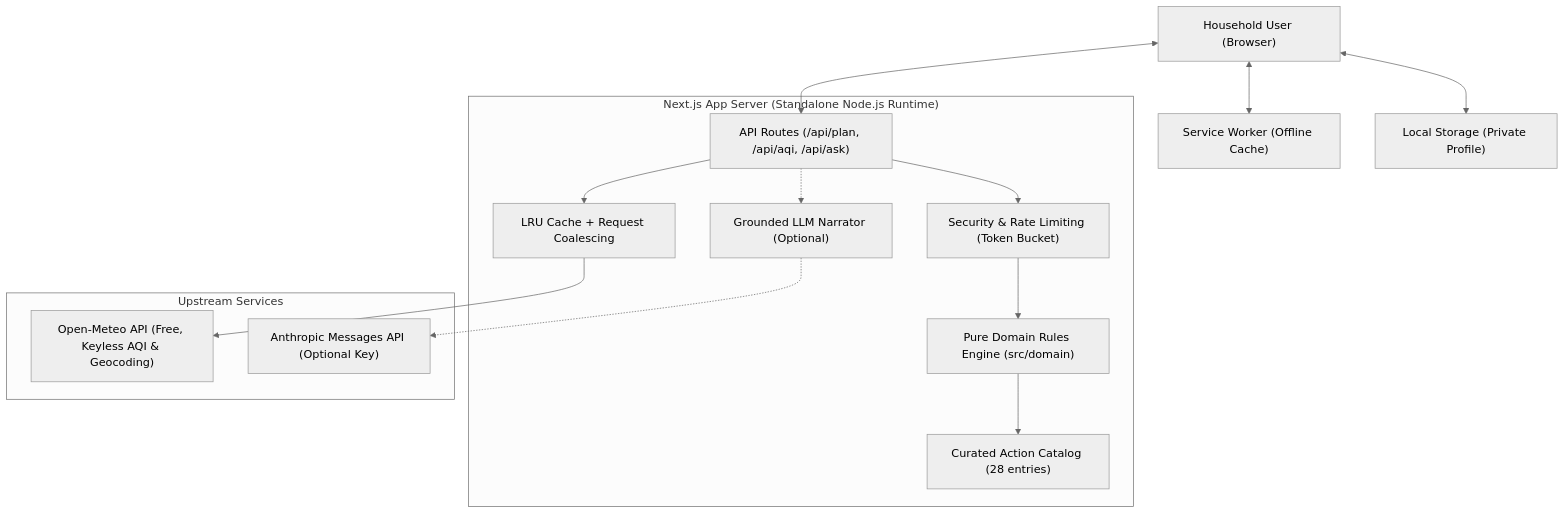
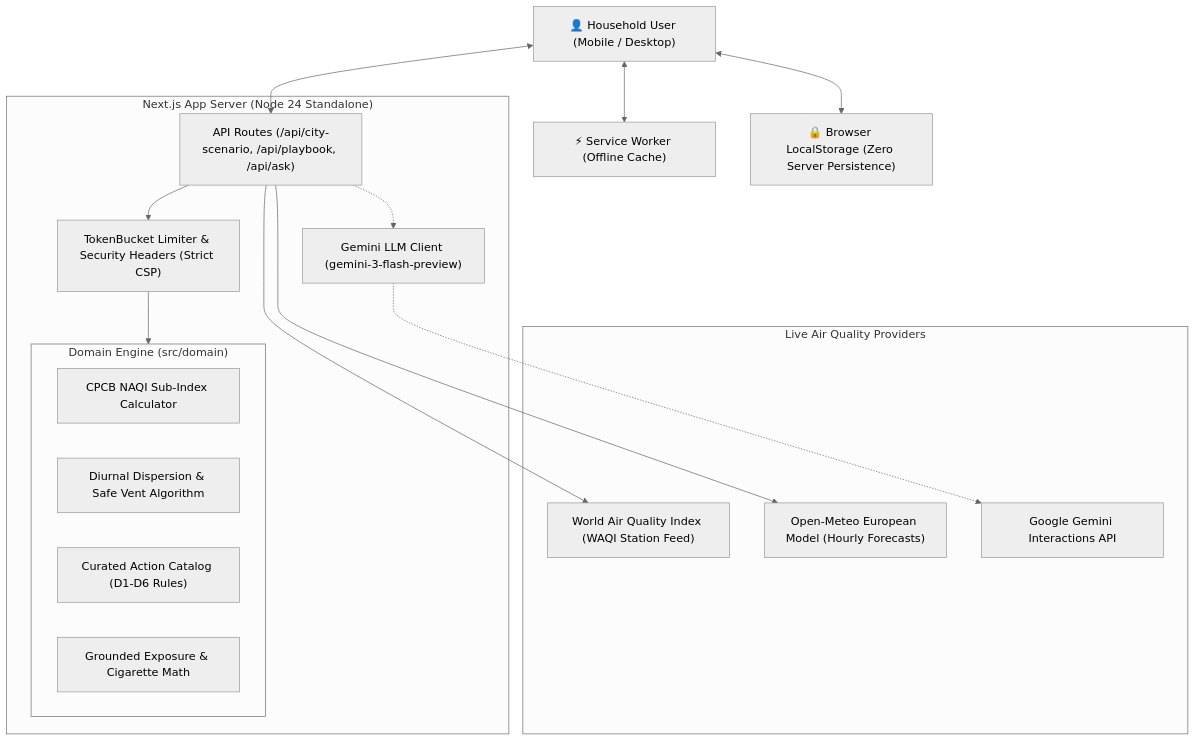
One commit to Aryan24a-git/Vayu-Saathi changed the diagram in README.md. Above: the diagram before and after it, drawn with Mermaid (neutral theme). The commit also changed other lines of this file and 11 other files, not shown here.

Commit message:
docs: rewrite README with full VayuSaathi architecture and remove prompt/benchmark artifacts

````diff
--- a/README.md
+++ b/README.md
@@ -18,31 +38,36 @@
 ```mermaid
 flowchart TD
-    User["Household User (Browser)"]
-    SW["Service Worker (Offline Cache)"]
-    LS["Local Storage (Private Profile)"]
+    User["👤 Household User (Mobile / Desktop)"]
+    SW["⚡ Service Worker (Offline Cache)"]
+    LS["🔒 Browser LocalStorage (Zero Server Persistence)"]
 
-    subgraph AppServer ["Next.js App Server (Standalone Node.js Runtime)"]
-        API["API Routes (/api/plan, /api/aqi, /api/ask)"]
-        Sec["Security & Rate Limiting (Token Bucket)"]
-        RulesEngine["Pure Domain Rules Engine (src/domain)"]
-        Catalog["Curated Action Catalog (28 entries)"]
-        Cache["LRU Cache + Request Coalescing"]
-        LLM["Grounded LLM Narrator (Optional)"]
+    subgraph AppServer ["Next.js App Server (Node 24 Standalone)"]
+        API["API Routes (/api/city-scenario, /api/playbook, /api/ask)"]
+        RateLimit["TokenBucket Limiter & Security Headers (Strict CSP)"]
+        
+        subgraph DomainEngine ["Domain Engine (src/domain)"]
+            NAQI["CPCB NAQI Sub-Index Calculator"]
+            Dispersion["Diurnal Dispersion & Safe Vent Algorithm"]
+            Catalog["Curated Action Catalog (D1-D6 Rules)"]
+            ImpactModel["Grounded Exposure & Cigarette Math"]
+        end
+        
+        LLMClient["Gemini LLM Client (gemini-3-flash-preview)"]
     end
 
-    subgraph Upstream ["Upstream Services"]
-        OpenMeteo["Open-Meteo API (Free, Keyless AQI & Geocoding)"]
-        Anthropic["Anthropic Messages API (Optional Key)"]
+    subgraph ExternalTelemetry ["Live Air Quality Providers"]
+        WAQI["World Air Quality Index (WAQI Station Feed)"]
+        OpenMeteo["Open-Meteo European Model (Hourly Forecasts)"]
+        GeminiAPI["Google Gemini Interactions API"]
     end
 
     User <--> SW
     User <--> LS
     User <--> API
-    API --> Sec
-    Sec --> RulesEngine
-    RulesEngine --> Catalog
-    API --> Cache
-    Cache --> OpenMeteo
-    API -.-> LLM
-    LLM -.-> Anthropic
+    API --> RateLimit
+    RateLimit --> DomainEngine
+    API --> OpenMeteo
+    API --> WAQI
+    API -.-> LLMClient
+    LLMClient -.-> GeminiAPI
 ```
````
